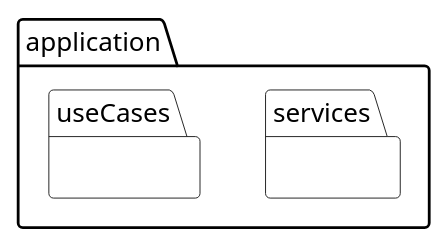
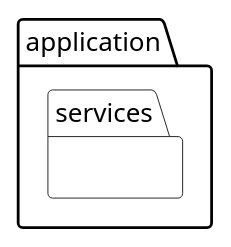
The diagram in 1.Project-with_Monolithic_Architecture/mod_app_piedrazul_medical_services_network/Application/dPackApplication.puml (FernandoMulato/Piedrazul-Medical-Services-Network), drawn with PlantUML before and after one commit. The commit also changed 34 other files, not shown here.

```diff
--- a/1.Project-with_Monolithic_Architecture/mod_app_piedrazul_medical_services_network/Application/dPackApplication.puml
+++ b/1.Project-with_Monolithic_Architecture/mod_app_piedrazul_medical_services_network/Application/dPackApplication.puml
@@ -1,10 +1,9 @@
-@startuml DomainPackages
+@startuml ApplicationPackages
 
 !include https://raw.githubusercontent.com/plantuml-stdlib/C4-PlantUML/master/C4_Deployment.puml
 
 package "application" {
-    package "services" {}
-    package "useCases" {}
-  }
+  package "services" {}
+}
 
 @enduml
```
